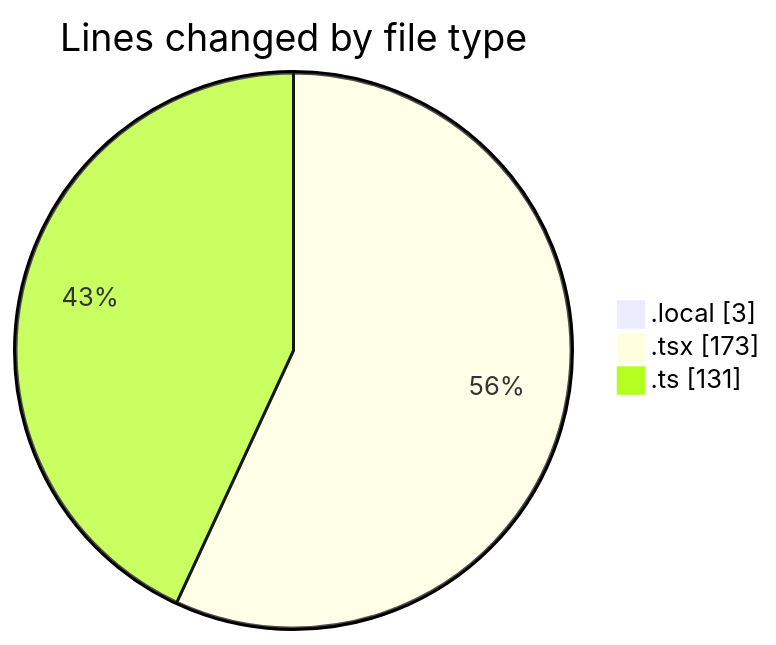
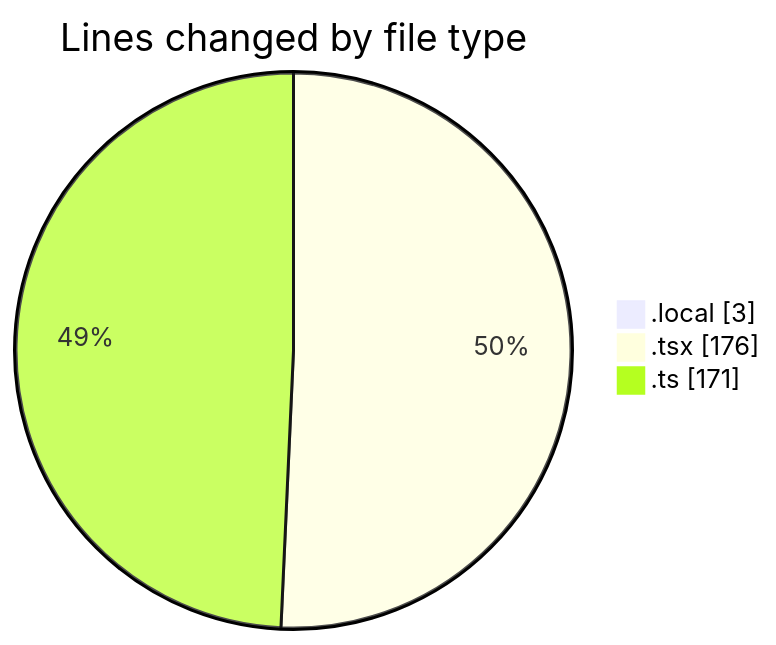
One commit to julien-gomy/code-tracking changed the first of 2 diagrams in 2025-11-20/eventscop-frontend-guide__workspace_/README.md. Above: the diagram before and after it, drawn with Mermaid. The commit also changed other lines of this file and 1 other file, not shown here.

````diff
--- a/2025-11-20/eventscop-frontend-guide__workspace_/README.md
+++ b/2025-11-20/eventscop-frontend-guide__workspace_/README.md
@@ -23,7 +24,7 @@
 ```mermaid
 pie showData
 title Lines changed by file type
 ".local" : 3
-".tsx" : 173
-".ts" : 131
+".tsx" : 176
+".ts" : 171
 ```
````
